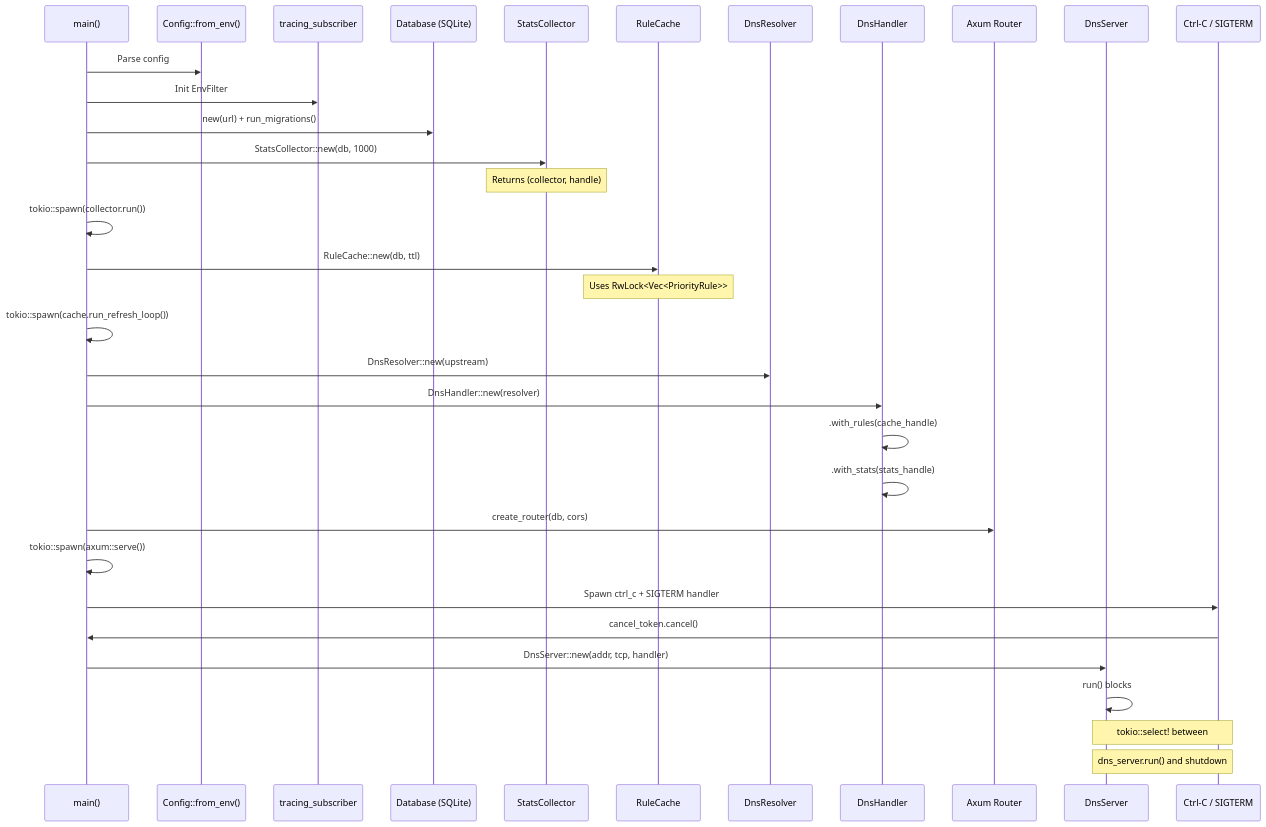
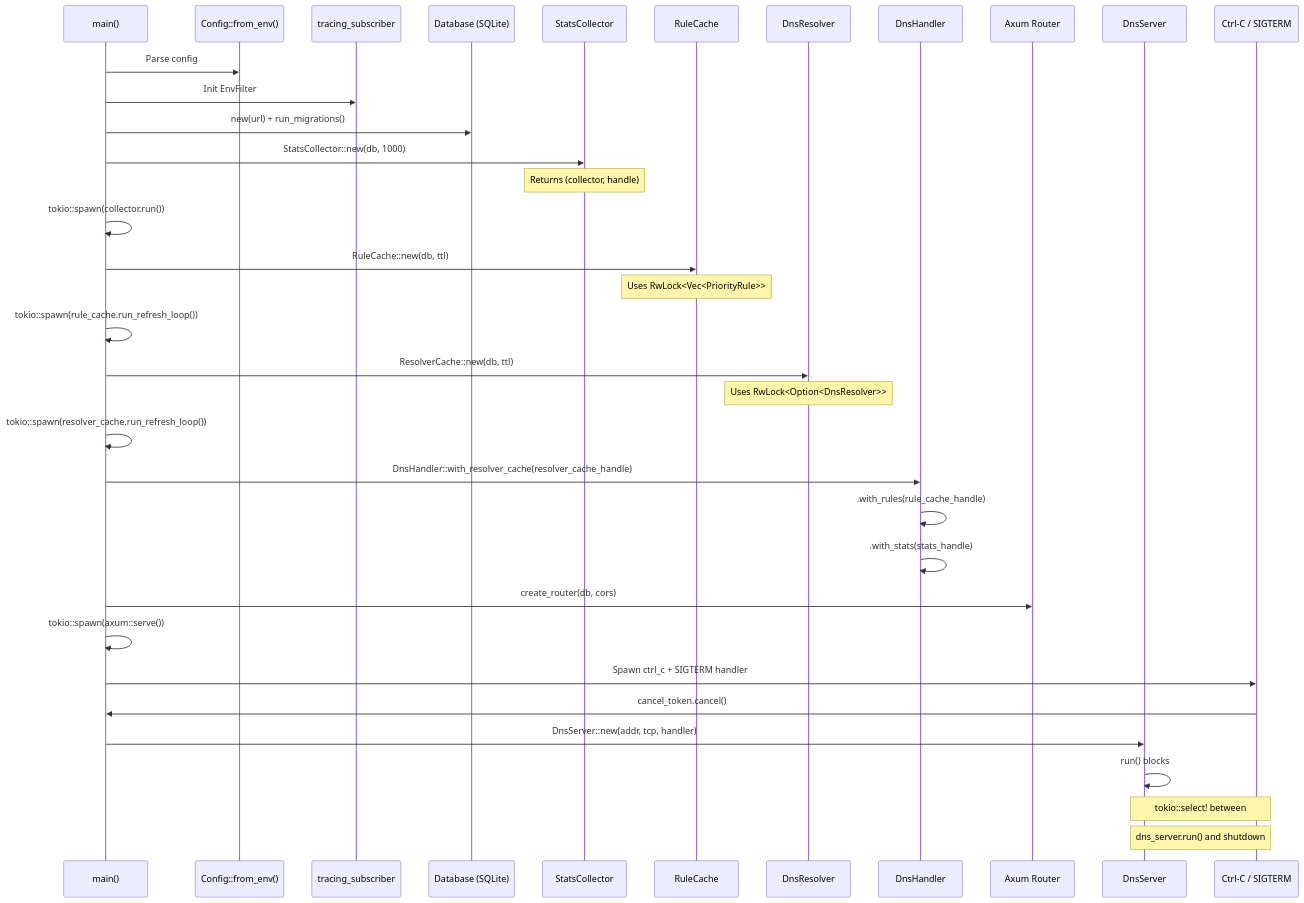
One commit to mcaimi/goblin-dns changed the second of 3 diagrams in backend/README.md. Above: the diagram before and after it, drawn with Mermaid. The commit also changed other lines of this file and 6 other files, not shown here.

Commit message:
Implement 3-tier resolution flow

````diff
--- a/backend/README.md
+++ b/backend/README.md
@@ -376,41 +536,44 @@
 ```mermaid
 sequenceDiagram
     participant M as main()
     participant C as Config::from_env()
     participant L as tracing_subscriber
     participant DB as Database (SQLite)
     participant S as StatsCollector
     participant RC as RuleCache
     participant R as DnsResolver
     participant H as DnsHandler
     participant A as Axum Router
     participant D as DnsServer
     participant Sig as Ctrl-C / SIGTERM
 
     M->>C: Parse config
     M->>L: Init EnvFilter
     M->>DB: new(url) + run_migrations()
     M->>S: StatsCollector::new(db, 1000)
     Note over S: Returns (collector, handle)
     M->>M: tokio::spawn(collector.run())
 
     M->>RC: RuleCache::new(db, ttl)
     Note over RC: Uses RwLock<Vec<PriorityRule>>
-    M->>M: tokio::spawn(cache.run_refresh_loop())
+    M->>M: tokio::spawn(rule_cache.run_refresh_loop())
 
-    M->>R: DnsResolver::new(upstream)
-    M->>H: DnsHandler::new(resolver)
-    H->>H: .with_rules(cache_handle)
+    M->>R: ResolverCache::new(db, ttl)
+    Note over R: Uses RwLock<Option<DnsResolver>>
+    M->>M: tokio::spawn(resolver_cache.run_refresh_loop())
+
+    M->>H: DnsHandler::with_resolver_cache(resolver_cache_handle)
+    H->>H: .with_rules(rule_cache_handle)
     H->>H: .with_stats(stats_handle)
 
     M->>A: create_router(db, cors)
     M->>M: tokio::spawn(axum::serve())
 
     M->>Sig: Spawn ctrl_c + SIGTERM handler
     Sig->>M: cancel_token.cancel()
 
     M->>D: DnsServer::new(addr, tcp, handler)
     D->>D: run() blocks
     Note over D,Sig: tokio::select! between
     Note over D,Sig: dns_server.run() and shutdown
 ```
````
